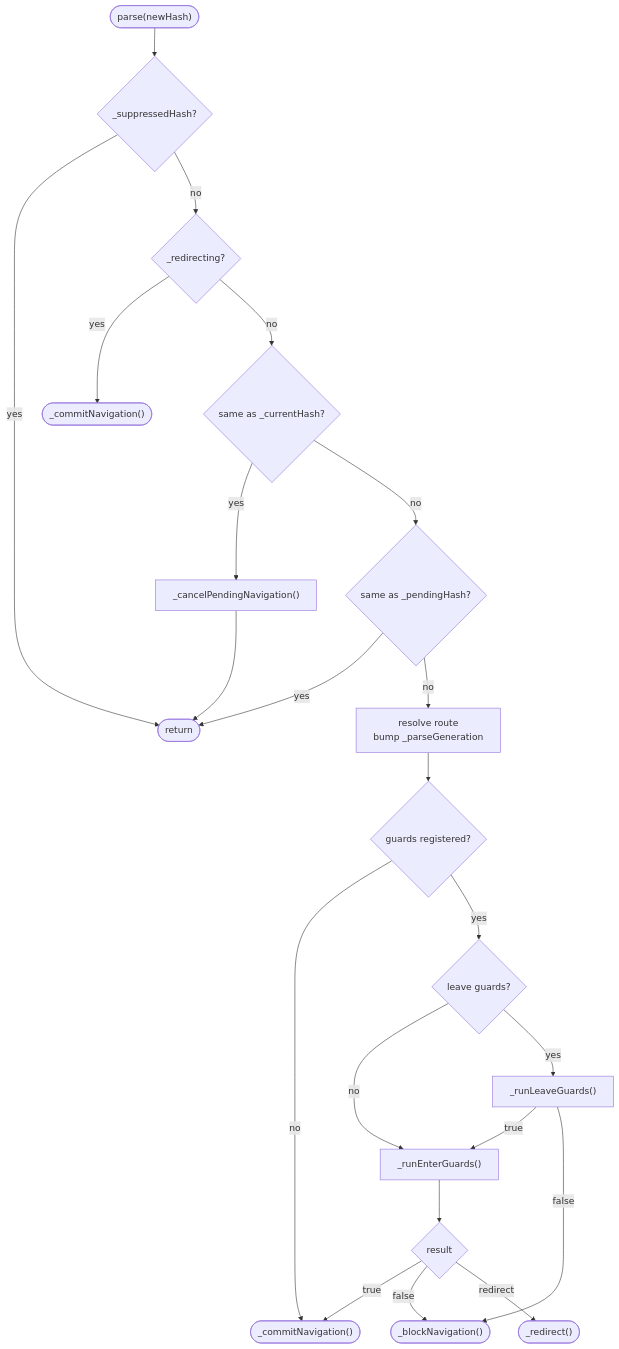
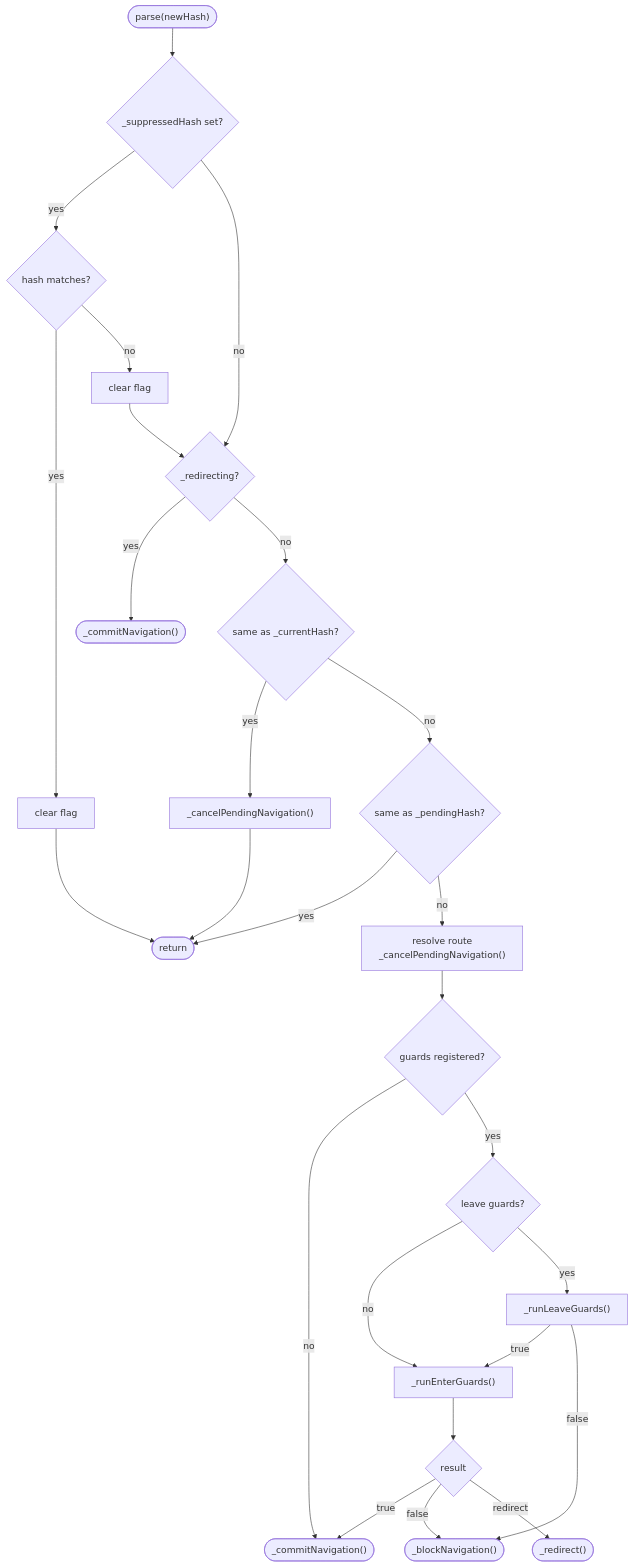
One commit to wridgeu/ui5-lib-guard-router changed the first of 3 diagrams in docs/architecture.md. Above: the diagram before and after it, drawn with Mermaid. The commit also changed other lines of this file and 2 other files, not shown here.

Commit message:
fix: correct architecture diagram, remove temporal language, add tools/ to structure
- _suppressedHash flowchart now shows the hash-mismatch branch where the
  flag is cleared but execution continues (matches Router.ts:212-219)
- Setup node label changed from "bump _parseGeneration" to
  "_cancelPendingNavigation()" (the method that does the bump)
- Replace em-dash with semicolon in architecture prose
- Remove temporal "yet" from UI5 baseline note in both READMEs
- Add tools/ directory to repository structure in root README

````diff
--- a/docs/architecture.md
+++ b/docs/architecture.md
@@ -136,27 +136,29 @@
 ```mermaid
 flowchart TD
-    start(["parse(newHash)"]) --> suppress{_suppressedHash?}
-    suppress -- "yes" --> ret(["return"])
+    start(["parse(newHash)"]) --> suppress{_suppressedHash set?}
+    suppress -- "yes" --> smatch{hash matches?}
+    smatch -- "yes" --> sclear["clear flag"] --> ret(["return"])
+    smatch -- "no" --> sclear2["clear flag"] --> redir
     suppress -- "no" --> redir{_redirecting?}
     redir -- "yes" --> bypass(["_commitNavigation()"])
     redir -- "no" --> samehash{same as _currentHash?}
     samehash -- "yes" --> canceldup["_cancelPendingNavigation()"] --> ret
     samehash -- "no" --> pending{same as _pendingHash?}
     pending -- "yes" --> ret
-    pending -- "no" --> setup["resolve route<br/>bump _parseGeneration"]
+    pending -- "no" --> setup["resolve route<br/>_cancelPendingNavigation()"]
 
     setup --> guards{guards registered?}
     guards -- "no" --> commit(["_commitNavigation()"])
     guards -- "yes" --> leave
 
     leave{leave guards?}
     leave -- "no" --> enter
     leave -- "yes" --> runleave["_runLeaveGuards()"]
     runleave -- "true" --> enter["_runEnterGuards()"]
     runleave -- "false" --> block
 
     enter --> result{result}
     result -- "true" --> commit
     result -- "false" --> block(["_blockNavigation()"])
     result -- "redirect" --> redirect(["_redirect()"])
 ```
````
